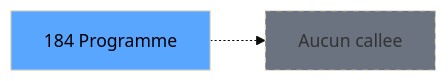
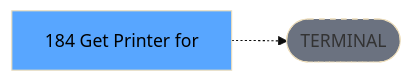
One commit to thonyAGP/lecteur-magic changed the third of 3 diagrams in .openspec/specs/ADH-IDE-184.md. Above: the diagram before and after it, drawn with Mermaid (base theme). The commit also changed other lines of this file and 701 other files, not shown here.

````diff
--- a/.openspec/specs/ADH-IDE-184.md
+++ b/.openspec/specs/ADH-IDE-184.md
@@ -141,8 +134,8 @@
 ```mermaid
 graph LR
-    T[184 Programme]
-    NONE[Aucun callee]
-    T -.-> NONE
+    T[184 Get Printer for]
+    TERM([TERMINAL])
+    T -.-> TERM
+    style TERM fill:#6b7280,stroke-dasharray: 5 5
     style T fill:#58a6ff,color:#000
-    style NONE fill:#6b7280,stroke-dasharray: 5 5
 ```
````
